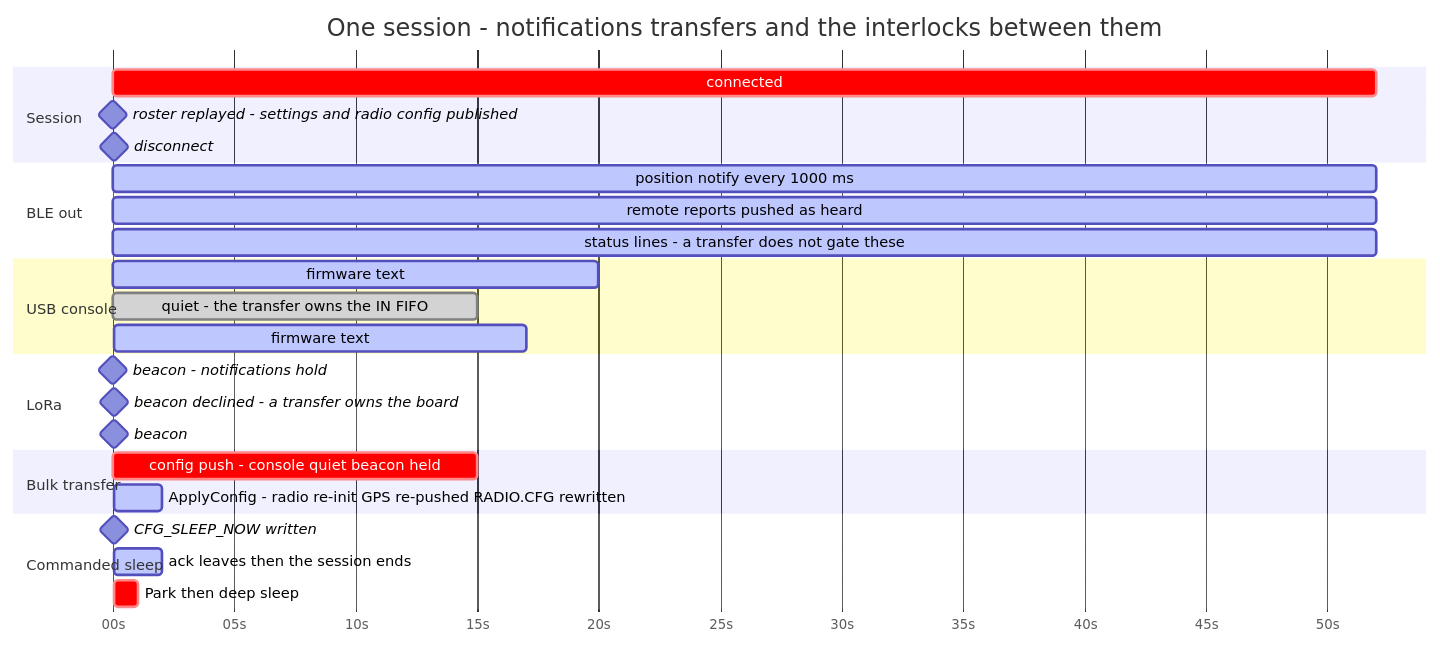
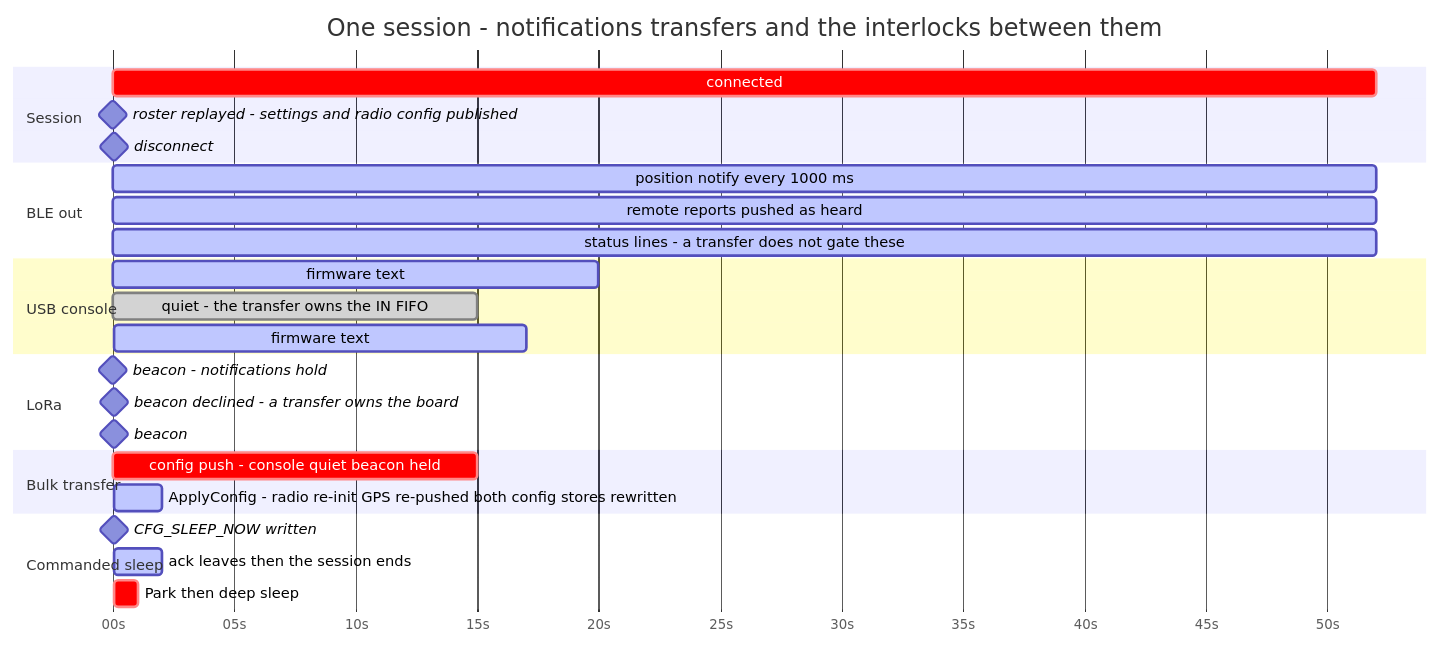
Before and after one commit to Telemety-In-Midair/telemetry-in-midair-rs: the ninth of 9 diagrams in ARCHITECTURE.md, drawn with Mermaid. The commit also changed other lines of this file and 9 other files, not shown here.

````diff
--- a/ARCHITECTURE.md
+++ b/ARCHITECTURE.md
@@ -673,35 +685,35 @@
 ```mermaid
 gantt
     title One session - notifications transfers and the interlocks between them
     dateFormat X
     axisFormat %Ss
 
     section Session
     connected               :crit, x1, 0, 52s
     roster replayed - settings and radio config published :milestone, x2, 0, 0s
     disconnect              :milestone, x3, 52, 0s
 
     section BLE out
     position notify every 1000 ms :active, y1, 0, 52s
     remote reports pushed as heard :active, y2, 0, 52s
     status lines - a transfer does not gate these :active, y3, 0, 52s
 
     section USB console
     firmware text            :active, y4, 0, 20s
     quiet - the transfer owns the IN FIFO :done, y5, 20, 15s
     firmware text            :active, y6, 35, 17s
 
     section LoRa
     beacon - notifications hold :milestone, z1, 10, 0s
     beacon declined - a transfer owns the board :milestone, z2, 30, 0s
     beacon                   :milestone, z3, 40, 0s
 
     section Bulk transfer
     config push - console quiet beacon held :crit, w1, 20, 15s
-    ApplyConfig - radio re-init GPS re-pushed RADIO.CFG rewritten :active, w2, 35, 2s
+    ApplyConfig - radio re-init GPS re-pushed both config stores rewritten :active, w2, 35, 2s
 
     section Commanded sleep
     CFG_SLEEP_NOW written    :milestone, k1, 50, 0s
     ack leaves then the session ends :active, k2, 50, 2s
     Park then deep sleep     :crit, k3, 52, 1s
 ```
````
